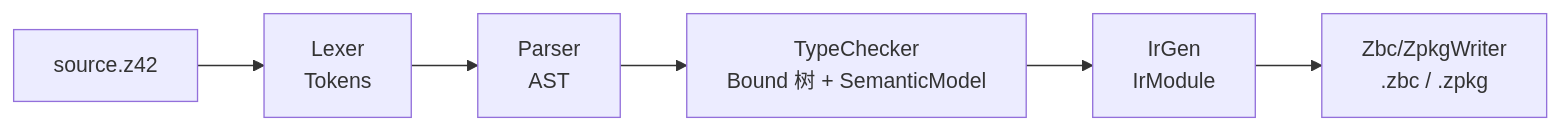
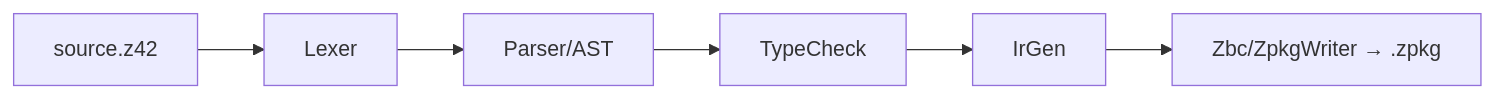
The third of 3 diagrams in docs/book/src/compiler/architecture.md (z42-lang/z42), drawn with Mermaid before and after one commit. The commit also changed other lines of this file and 2 other files, not shown here.

````diff
--- a/docs/book/src/compiler/architecture.md
+++ b/docs/book/src/compiler/architecture.md
@@ -68,8 +46,4 @@
 ```mermaid
 graph LR
-    S[source.z42] --> T[Lexer<br/>Tokens]
-    T --> A[Parser<br/>AST]
-    A --> B[TypeChecker<br/>Bound 树 + SemanticModel]
-    B --> I[IrGen<br/>IrModule]
-    I --> Z[Zbc/ZpkgWriter<br/>.zbc / .zpkg]
+    S[source.z42] --> Lexer --> Parser/AST --> TypeCheck --> IrGen --> W[Zbc/ZpkgWriter → .zpkg]
 ```
````
